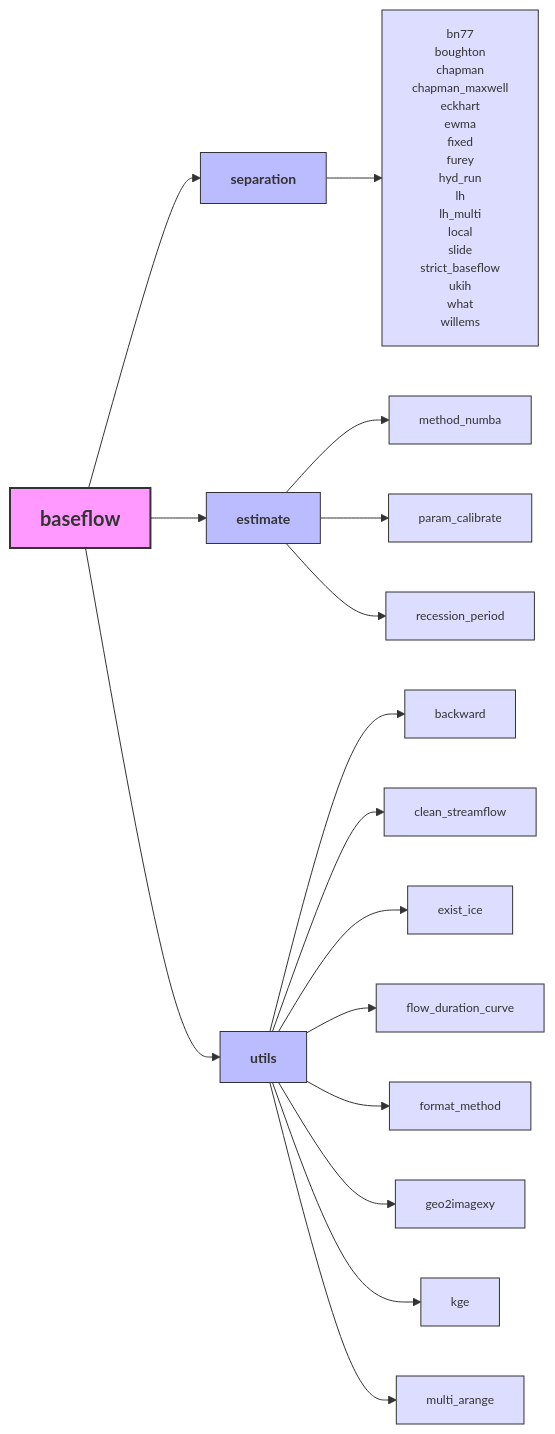
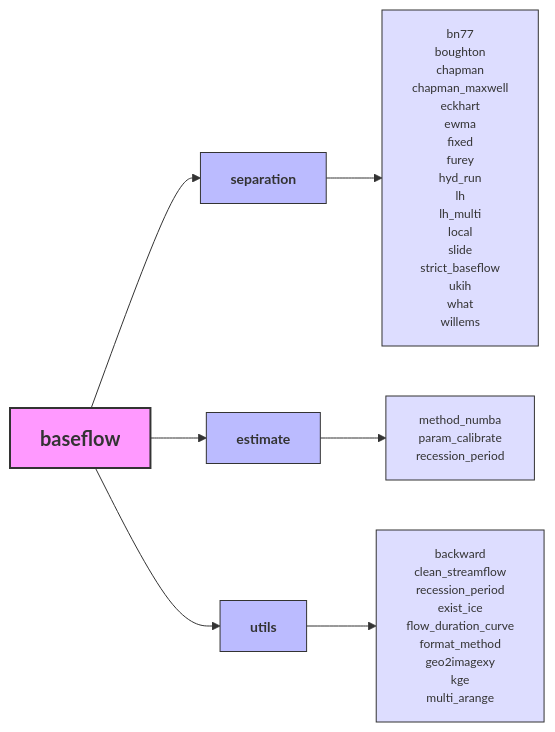
One commit to BYU-Hydroinformatics/baseflow changed the diagram in docs/index.md. Above: the diagram before and after it, drawn with Mermaid.

Commit message:
mermaid: make the functions in a big box.avoid it's being to long

````diff
--- a/docs/index.md
+++ b/docs/index.md
@@ -47,67 +47,73 @@
 ```mermaid
 %%{init: {
   'theme': 'base', 
   'themeVariables': { 
     'fontSize': '16px', 
     'fontFamily': 'Arial'
   },
   'flowchart': {
     'nodeSpacing': 15,
     'rankSpacing': 30,
     'curve': 'basis'
   }
   "flowchart": {"htmlLabels": false}
 }}%%
 graph LR
     %% Define styles
     classDef default fill:#f9f,stroke:#333,stroke-width:2px;
     classDef secondLevel fill:#bbf,stroke:#333,stroke-width:1px,font-size:14px;
     classDef thirdLevel fill:#ddf,stroke:#333,stroke-width:1px,font-size:12px;
 
     A[baseflow]:::default
     B[separation]:::secondLevel
     C[estimate]:::secondLevel
     D[utils]:::secondLevel
 
     A --> B
     A --> C
     A --> D
 
-    newLines["`bn77
+    newLines1["`bn77
     boughton
     chapman
     chapman_maxwell
     eckhart
     ewma
     fixed
     furey
     hyd_run
     lh
     lh_multi
     local
     slide
     strict_baseflow
     ukih
     what
     willems`"]:::thirdLevel
-    B --> newLines
+    B --> newLines1
 
-    C --> C1[method_numba]:::thirdLevel
-    C --> C2[param_calibrate]:::thirdLevel
-    C --> C3[recession_period]:::thirdLevel
+    newLines2["`method_numba
+    param_calibrate
+    recession_period
+    `"]:::thirdLevel
+    C --> newLines2
+    
+    newLines3["`backward
+    clean_streamflow
+    recession_period
+    exist_ice
+    flow_duration_curve
+    format_method
+    geo2imagexy
+    kge
+    multi_arange
+    `"]:::thirdLevel
+    D --> newLines3
 
-    D --> D1[backward]:::thirdLevel
-    D --> D2[clean_streamflow]:::thirdLevel
-    D --> D3[exist_ice]:::thirdLevel
-    D --> D4[flow_duration_curve]:::thirdLevel
-    D --> D5[format_method]:::thirdLevel
-    D --> D6[geo2imagexy]:::thirdLevel
-    D --> D7[kge]:::thirdLevel
-    D --> D8[multi_arange]:::thirdLevel
 
     %% Custom styles for specific nodes
     style A font-size:20px,font-weight:bold
     style B font-weight:bold
     style C font-weight:bold
     style D font-weight:bold
 ```
````
